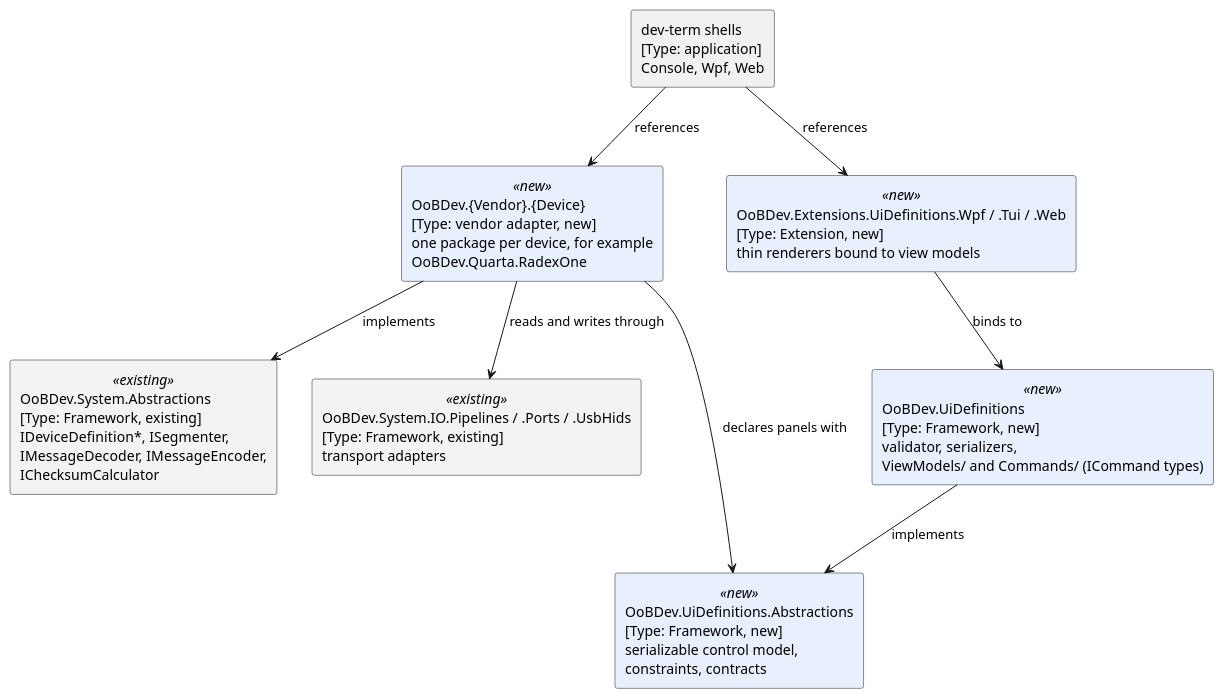
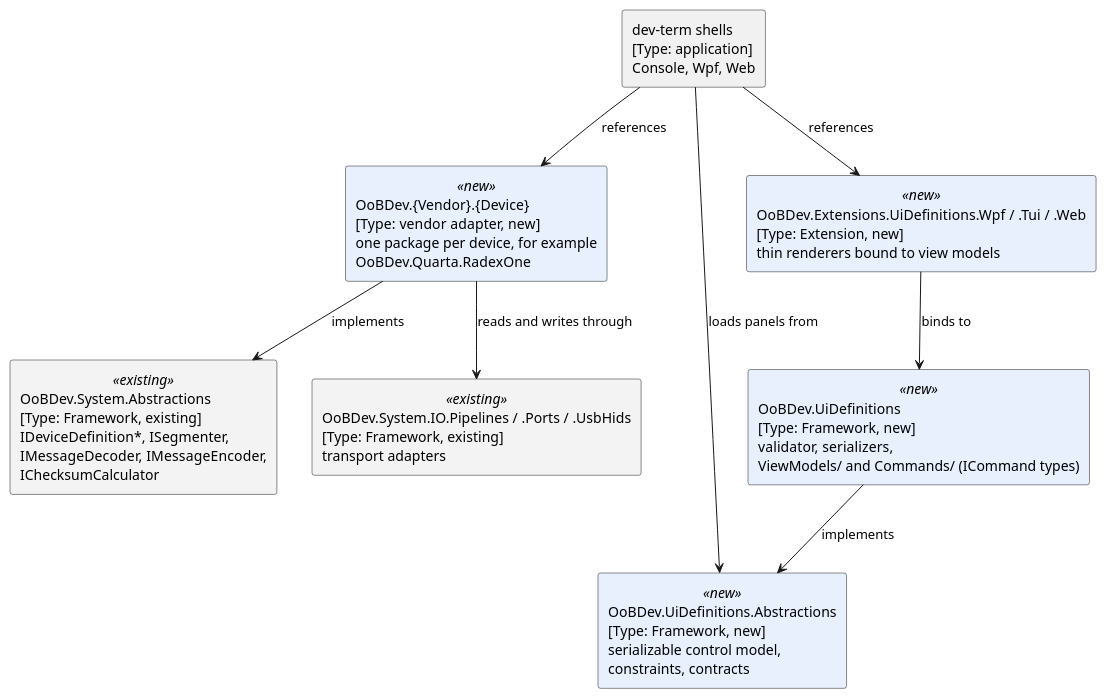
One commit to OutOfBandDevelopment/dotex changed the diagram in docs/migration/device-decoding-migration-plan.md. Above: the diagram before and after it, drawn with PlantUML. The commit also changed other lines of this file and 1 other file, not shown here.

Commit message:
Separate the UI libraries from the hardware devices in the device plan and spike

````diff
--- a/docs/migration/device-decoding-migration-plan.md
+++ b/docs/migration/device-decoding-migration-plan.md
@@ -66,22 +66,22 @@
 ```plantuml
 @startuml
 skinparam rectangle {
   BackgroundColor<<new>> #E8F0FE
   BackgroundColor<<existing>> #F3F3F3
 }
 rectangle "OoBDev.System.Abstractions\n[Type: Framework, existing]\nIDeviceDefinition*, ISegmenter,\nIMessageDecoder, IMessageEncoder,\nIChecksumCalculator" <<existing>> as Abs
 rectangle "OoBDev.System.IO.Pipelines / .Ports / .UsbHids\n[Type: Framework, existing]\ntransport adapters" <<existing>> as Io
 rectangle "OoBDev.{Vendor}.{Device}\n[Type: vendor adapter, new]\none package per device, for example\nOoBDev.Quarta.RadexOne" <<new>> as Dev
 rectangle "OoBDev.UiDefinitions.Abstractions\n[Type: Framework, new]\nserializable control model,\nconstraints, contracts" <<new>> as Ui
 rectangle "OoBDev.UiDefinitions\n[Type: Framework, new]\nvalidator, serializers,\nViewModels/ and Commands/ (ICommand types)" <<new>> as Vm
 rectangle "OoBDev.Extensions.UiDefinitions.Wpf / .Tui / .Web\n[Type: Extension, new]\nthin renderers bound to view models" <<new>> as Rend
 rectangle "dev-term shells\n[Type: application]\nConsole, Wpf, Web" as App
 Dev --> Abs : implements
 Dev --> Io : reads and writes through
-Dev --> Ui : declares panels with
+App --> Ui : loads panels from
 Vm --> Ui : implements
 Rend --> Vm : binds to
 App --> Dev : references
 App --> Rend : references
 @enduml
 ```
````
